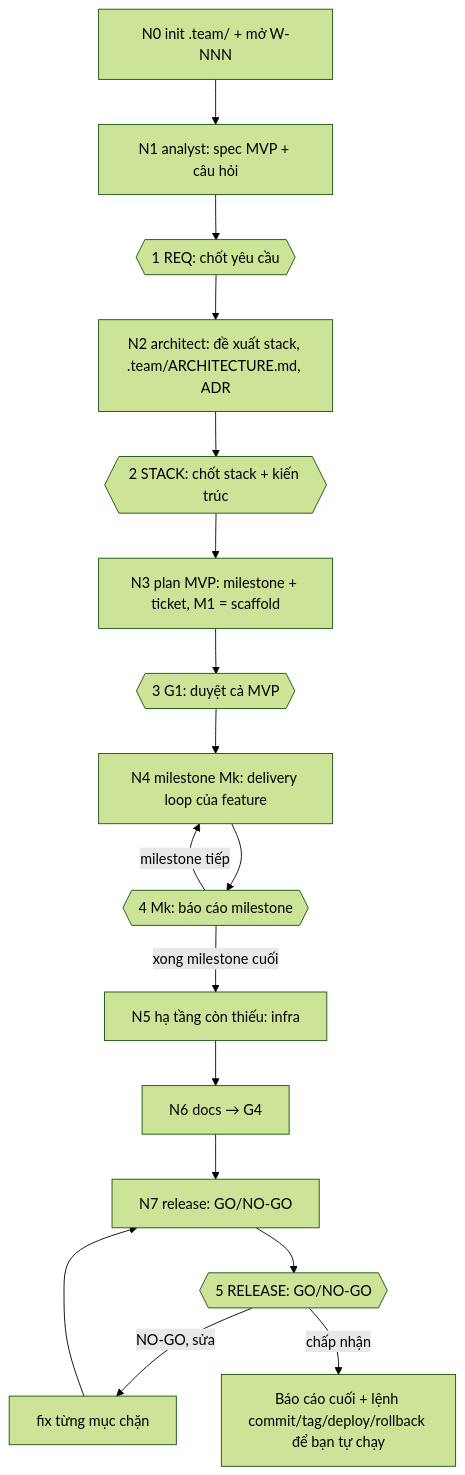
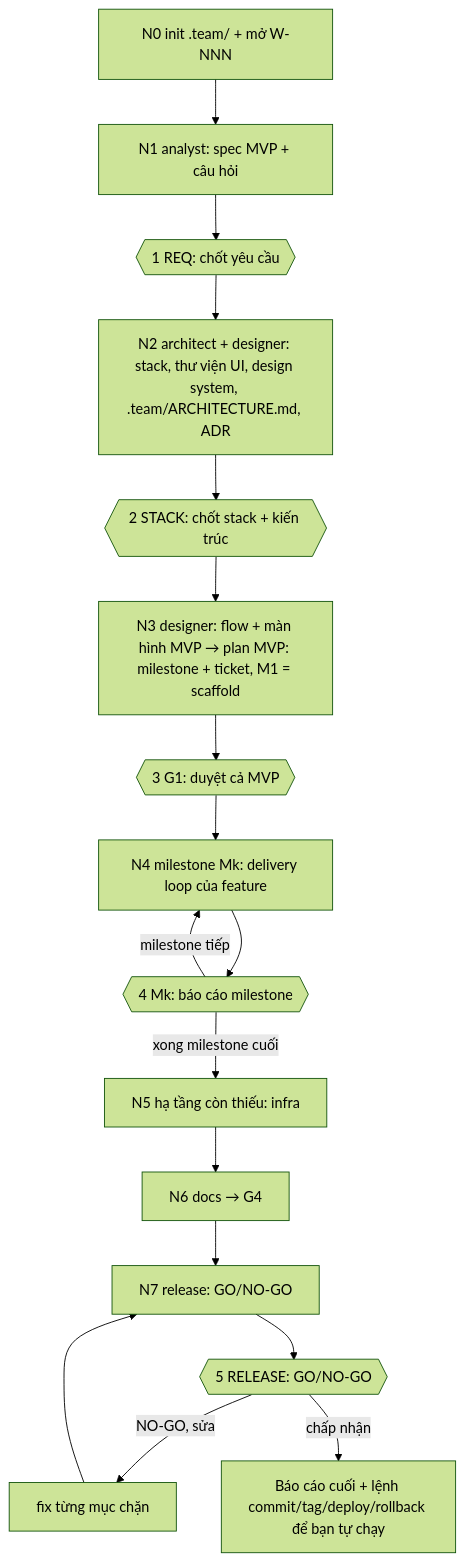
One commit to Tuan-Quyen/technical-teams changed the third of 4 diagrams in README.md. Above: the diagram before and after it, drawn with Mermaid (forest theme). The commit also changed other lines of this file and 22 other files, not shown here.

````diff
--- a/README.md
+++ b/README.md
@@ -255,18 +265,18 @@
 ```mermaid
 flowchart TD
   N0[N0 init .team/ + mở W-NNN] --> N1[N1 analyst: spec MVP + câu hỏi]
   N1 --> REQ{{1 REQ: chốt yêu cầu}}
-  REQ --> N2[N2 architect: đề xuất stack, .team/ARCHITECTURE.md, ADR]
+  REQ --> N2[N2 architect + designer: stack, thư viện UI, design system, .team/ARCHITECTURE.md, ADR]
   N2 --> STACK{{2 STACK: chốt stack + kiến trúc}}
-  STACK --> N3[N3 plan MVP: milestone + ticket, M1 = scaffold]
+  STACK --> N3[N3 designer: flow + màn hình MVP → plan MVP: milestone + ticket, M1 = scaffold]
   N3 --> G1{{3 G1: duyệt cả MVP}}
   G1 --> N4[N4 milestone Mk: delivery loop của feature]
   N4 --> MK{{4 Mk: báo cáo milestone}}
   MK -- milestone tiếp --> N4
   MK -- xong milestone cuối --> N5[N5 hạ tầng còn thiếu: infra]
   N5 --> N6[N6 docs → G4]
   N6 --> N7[N7 release: GO/NO-GO]
   N7 --> REL{{5 RELEASE: GO/NO-GO}}
   REL -- NO-GO, sửa --> FX[fix từng mục chặn] --> N7
   REL -- chấp nhận --> END[Báo cáo cuối + lệnh commit/tag/deploy/rollback để bạn tự chạy]
 ```
````
